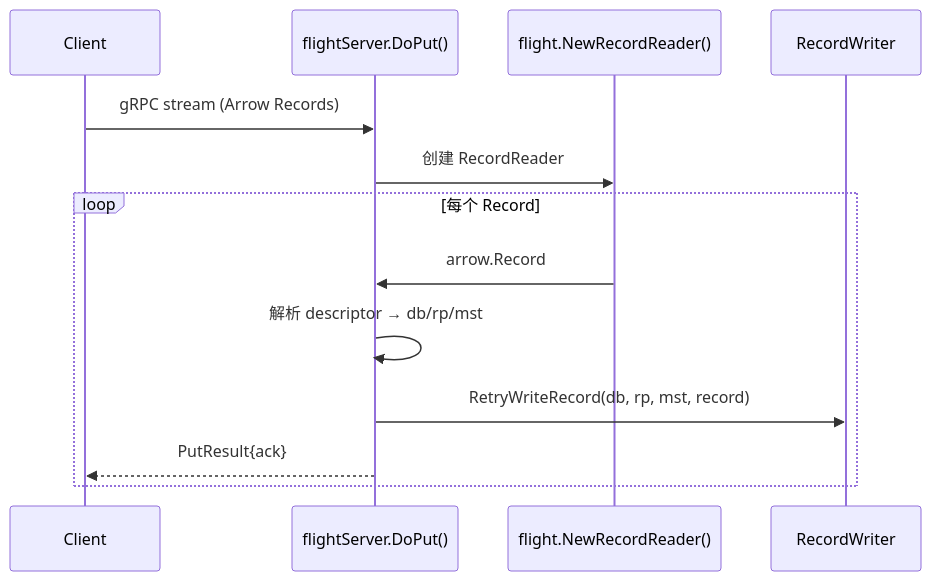
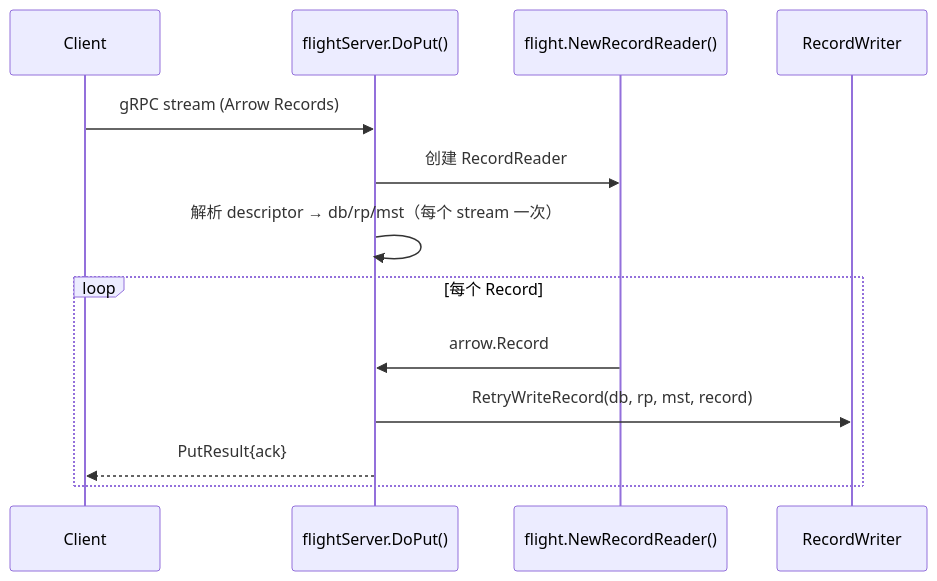
Before and after one commit to stefanv5/openGemini: the second of 4 diagrams in docs/specs/22_arrow_flight_spec.md, drawn with Mermaid. The commit also changed other lines of this file and 37 other files, not shown here.

````diff
--- a/docs/specs/22_arrow_flight_spec.md
+++ b/docs/specs/22_arrow_flight_spec.md
@@ -74,17 +76,17 @@
 ```mermaid
 sequenceDiagram
     participant Client as Client
     participant DoPut as flightServer.DoPut()
     participant Reader as flight.NewRecordReader()
     participant Writer as RecordWriter
 
     Client->>DoPut: gRPC stream (Arrow Records)
     DoPut->>Reader: 创建 RecordReader
+    DoPut->>DoPut: 解析 descriptor → db/rp/mst（每个 stream 一次）
 
     loop 每个 Record
         Reader->>DoPut: arrow.Record
-        DoPut->>DoPut: 解析 descriptor → db/rp/mst
         DoPut->>Writer: RetryWriteRecord(db, rp, mst, record)
         DoPut-->>Client: PutResult{ack}
     end
 ```
````
